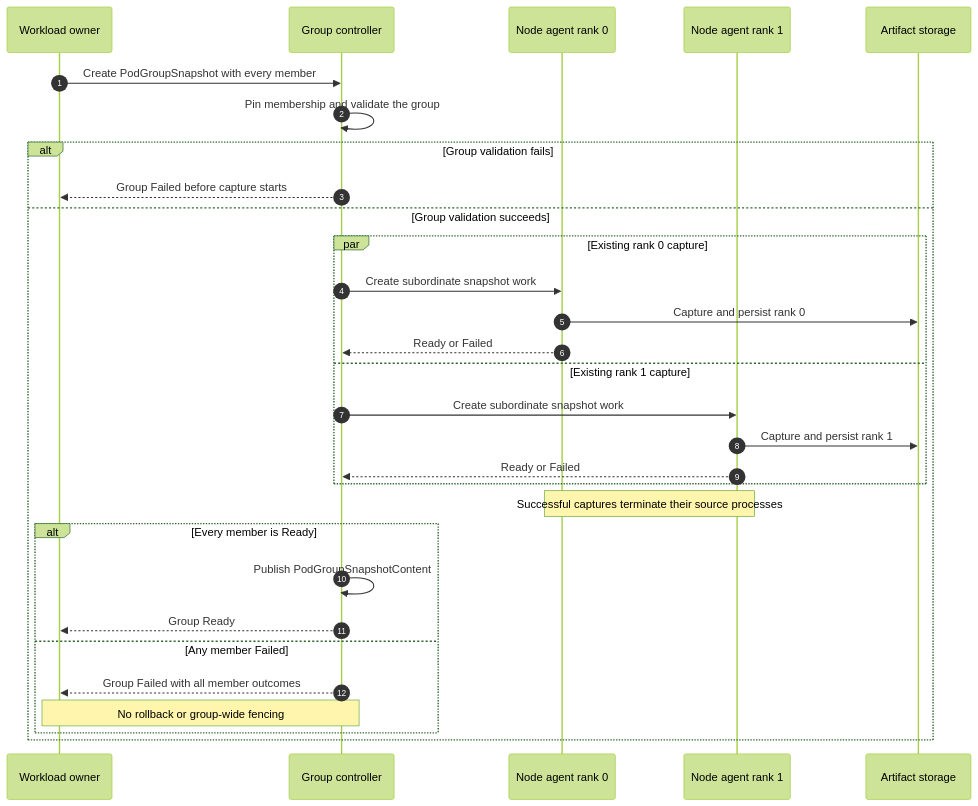
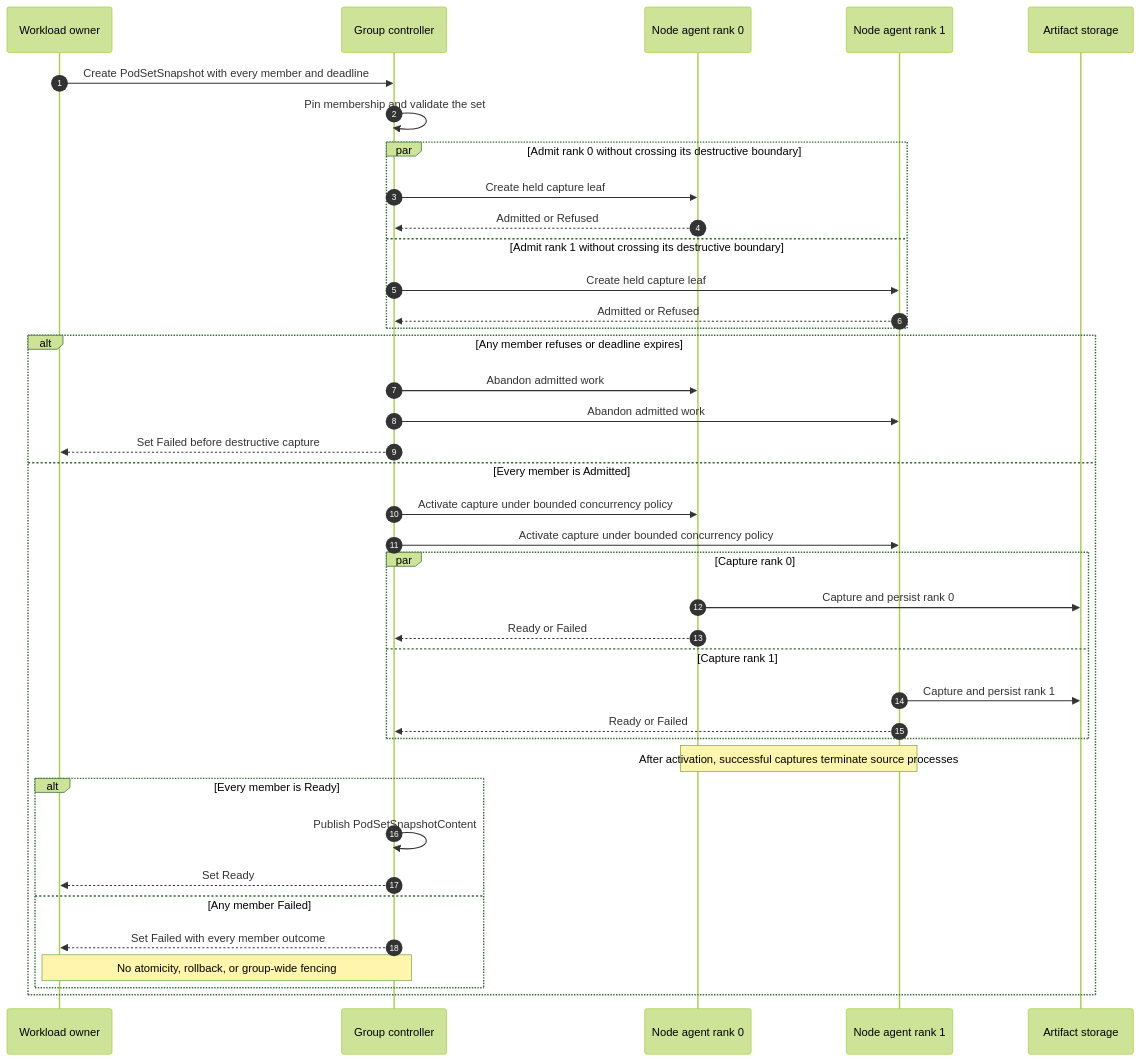
One commit to ai-dynamo/snapshot changed the diagram in docs/proposals/324-multi-pod-snapshot-restore/diagrams/checkpoint-sequence.mmd. Above: the diagram before and after it, drawn with Mermaid (forest theme). The commit also changed 10 other files, not shown here.

```diff
--- a/docs/proposals/324-multi-pod-snapshot-restore/diagrams/checkpoint-sequence.mmd
+++ b/docs/proposals/324-multi-pod-snapshot-restore/diagrams/checkpoint-sequence.mmd
@@ -1,34 +1,43 @@
 %% SPDX-FileCopyrightText: Copyright (c) 2026 NVIDIA CORPORATION & AFFILIATES. All rights reserved.
 %% SPDX-License-Identifier: Apache-2.0
 
 sequenceDiagram
     autonumber
     participant O as Workload owner
     participant G as Group controller
     participant A0 as Node agent rank 0
     participant A1 as Node agent rank 1
     participant S as Artifact storage
 
-    O->>G: Create PodGroupSnapshot with every member
-    G->>G: Pin membership and validate the group
-    alt Group validation fails
-        G-->>O: Group Failed before capture starts
-    else Group validation succeeds
-        par Existing rank 0 capture
-            G->>A0: Create subordinate snapshot work
+    O->>G: Create PodSetSnapshot with every member and deadline
+    G->>G: Pin membership and validate the set
+    par Admit rank 0 without crossing its destructive boundary
+        G->>A0: Create held capture leaf
+        A0-->>G: Admitted or Refused
+    and Admit rank 1 without crossing its destructive boundary
+        G->>A1: Create held capture leaf
+        A1-->>G: Admitted or Refused
+    end
+    alt Any member refuses or deadline expires
+        G->>A0: Abandon admitted work
+        G->>A1: Abandon admitted work
+        G-->>O: Set Failed before destructive capture
+    else Every member is Admitted
+        G->>A0: Activate capture under bounded concurrency policy
+        G->>A1: Activate capture under bounded concurrency policy
+        par Capture rank 0
             A0->>S: Capture and persist rank 0
             A0-->>G: Ready or Failed
-        and Existing rank 1 capture
-            G->>A1: Create subordinate snapshot work
+        and Capture rank 1
             A1->>S: Capture and persist rank 1
             A1-->>G: Ready or Failed
         end
-        Note over A0,A1: Successful captures terminate their source processes
+        Note over A0,A1: After activation, successful captures terminate source processes
         alt Every member is Ready
-            G->>G: Publish PodGroupSnapshotContent
-            G-->>O: Group Ready
+            G->>G: Publish PodSetSnapshotContent
+            G-->>O: Set Ready
         else Any member Failed
-            G-->>O: Group Failed with all member outcomes
-            Note over O,G: No rollback or group-wide fencing
+            G-->>O: Set Failed with every member outcome
+            Note over O,G: No atomicity, rollback, or group-wide fencing
         end
     end
```
